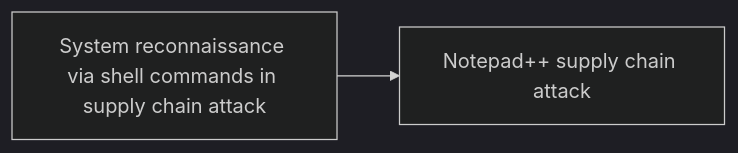
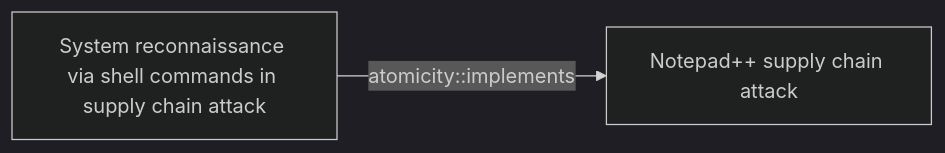
The first of 2 diagrams in docs/threats/system-reconnaissance-via-shell-commands-in-supply-chain-attack.md (opentidehq/library), drawn with Mermaid (dark theme) before and after one commit. The commit also changed other lines of this file and 277 other files, not shown here.

````diff
--- a/docs/threats/system-reconnaissance-via-shell-commands-in-supply-chain-attack.md
+++ b/docs/threats/system-reconnaissance-via-shell-commands-in-supply-chain-attack.md
@@ -380,6 +414,6 @@
 ```mermaid
 flowchart LR
 bee6e973_b0d0_4735_a26a_003f39b8c08d["System reconnaissance via shell commands in supply chain attack"]
 8b7cae6f_b6cf_4414_9cdc_fe8c8ee7ee22["Notepad++ supply chain attack"]
-bee6e973_b0d0_4735_a26a_003f39b8c08d --> 8b7cae6f_b6cf_4414_9cdc_fe8c8ee7ee22
+bee6e973_b0d0_4735_a26a_003f39b8c08d -->|atomicity::implements| 8b7cae6f_b6cf_4414_9cdc_fe8c8ee7ee22
 ```
````
